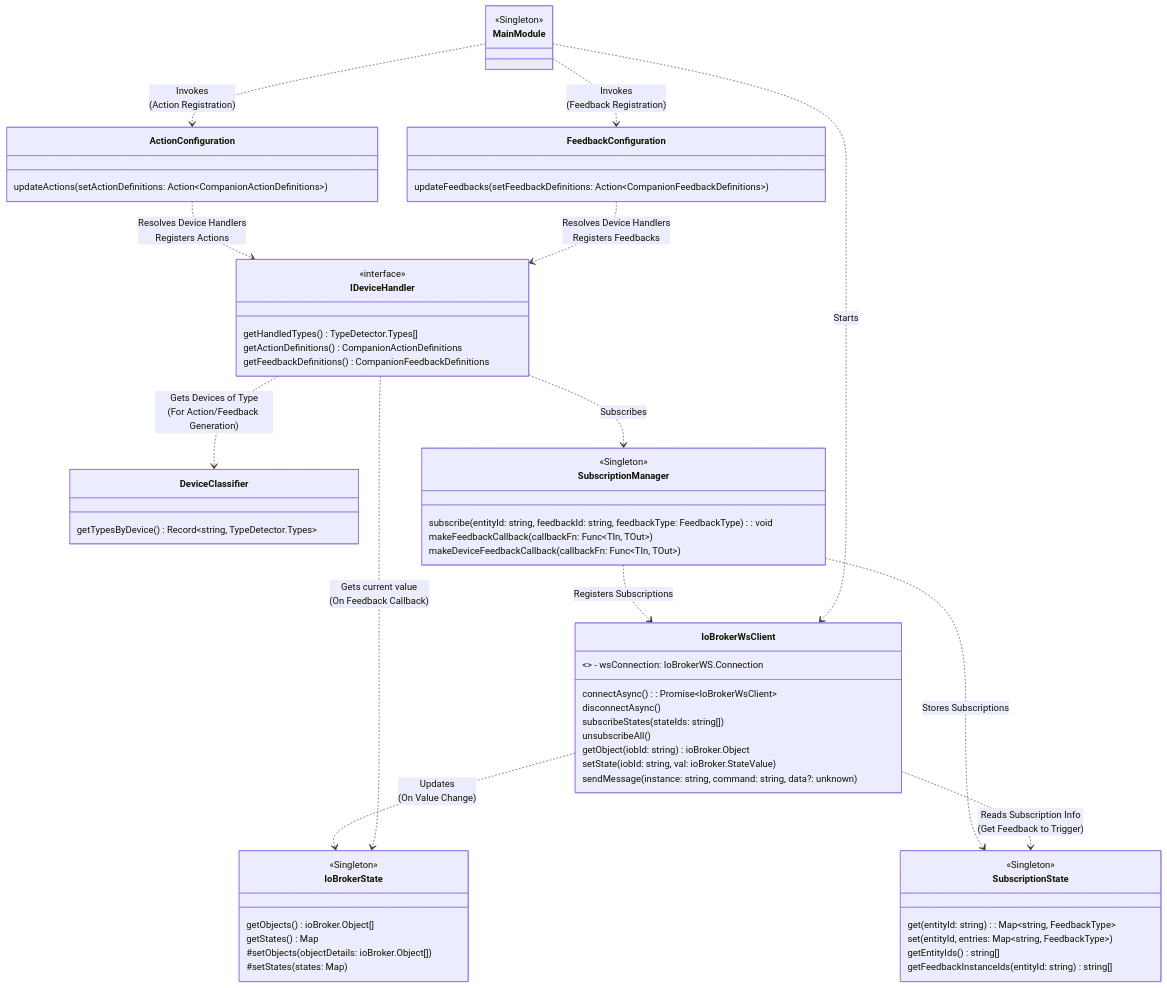
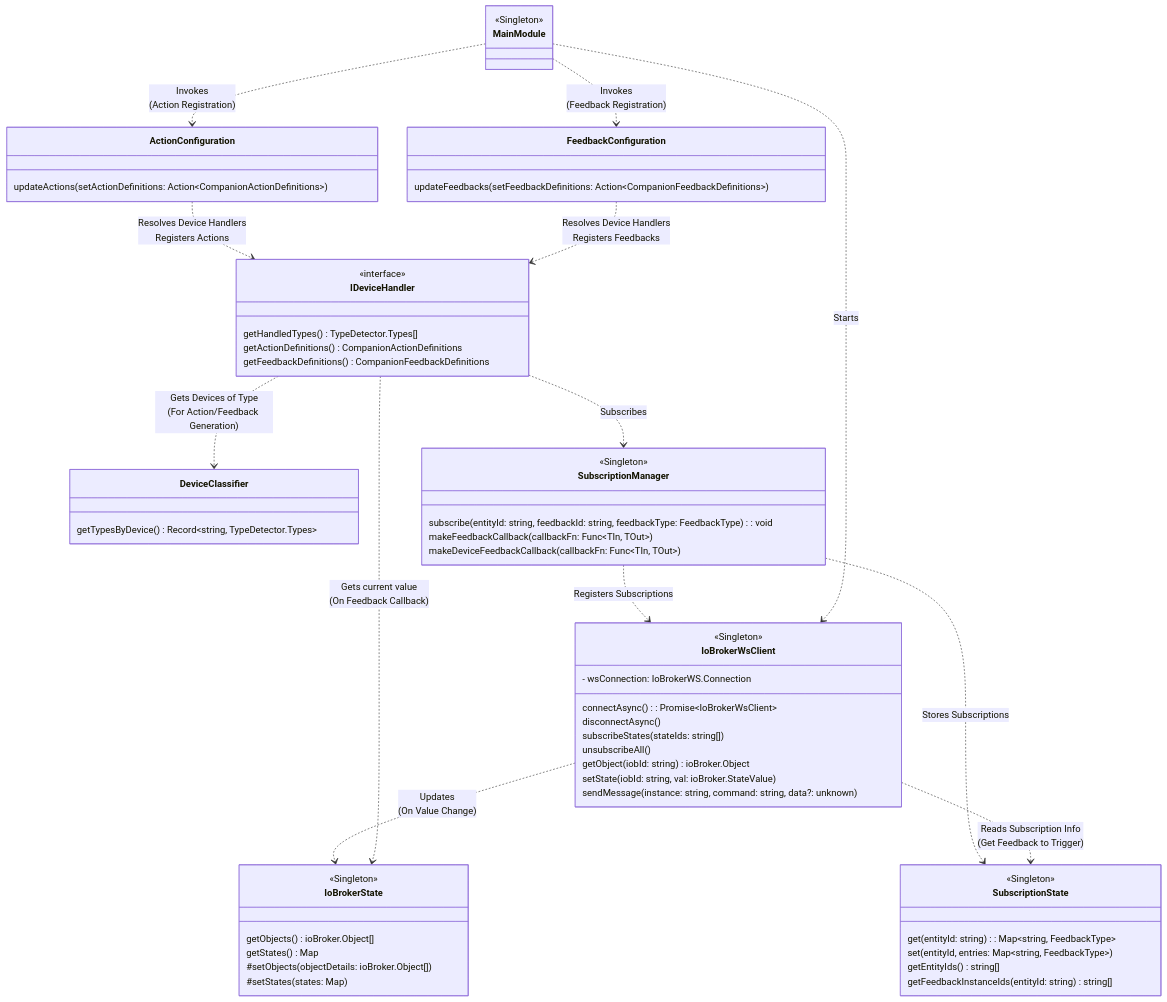
One commit to bitfocus/companion-module-iobroker-ws changed the diagram in README.md. Above: the diagram before and after it, drawn with Mermaid. The commit also changed other lines of this file, not shown here.

Commit message:
Improve architecture docs

```diff
--- a/README.md
+++ b/README.md
@@ -86,7 +86,9 @@
 }
 
 class IoBrokerWsClient {
-<<Singleton>> - wsConnection: IoBrokerWS.Connection
+<<Singleton>>
+
+    - wsConnection: IoBrokerWS.Connection
 
     connectAsync(): Promise~IoBrokerWsClient~
     disconnectAsync()
```
